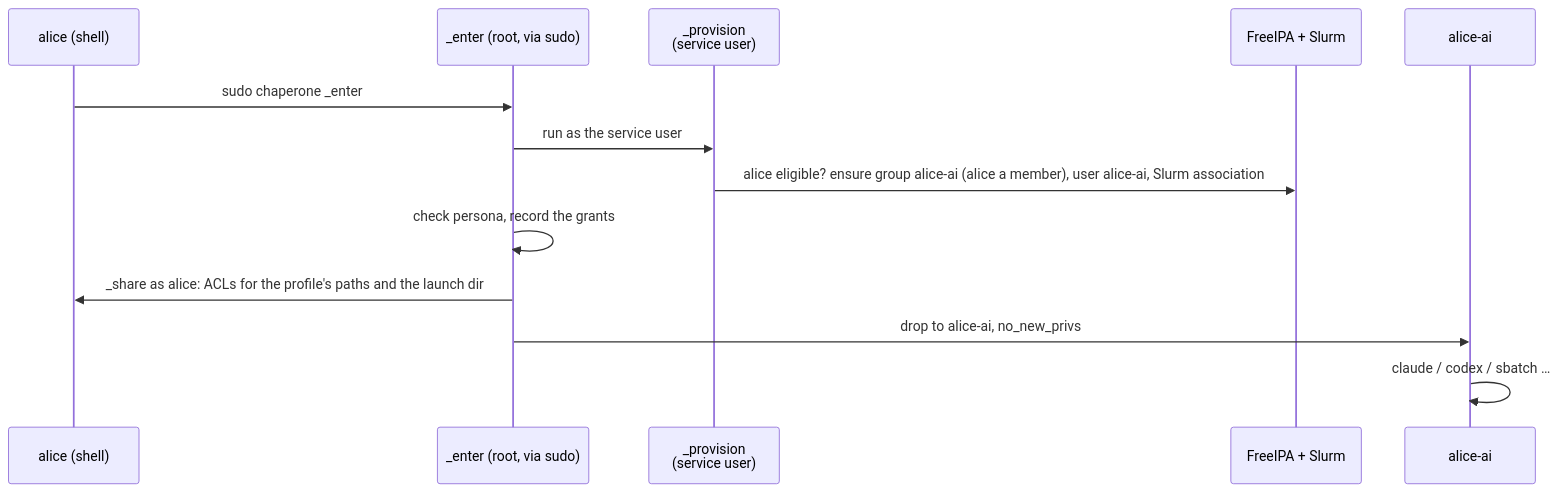
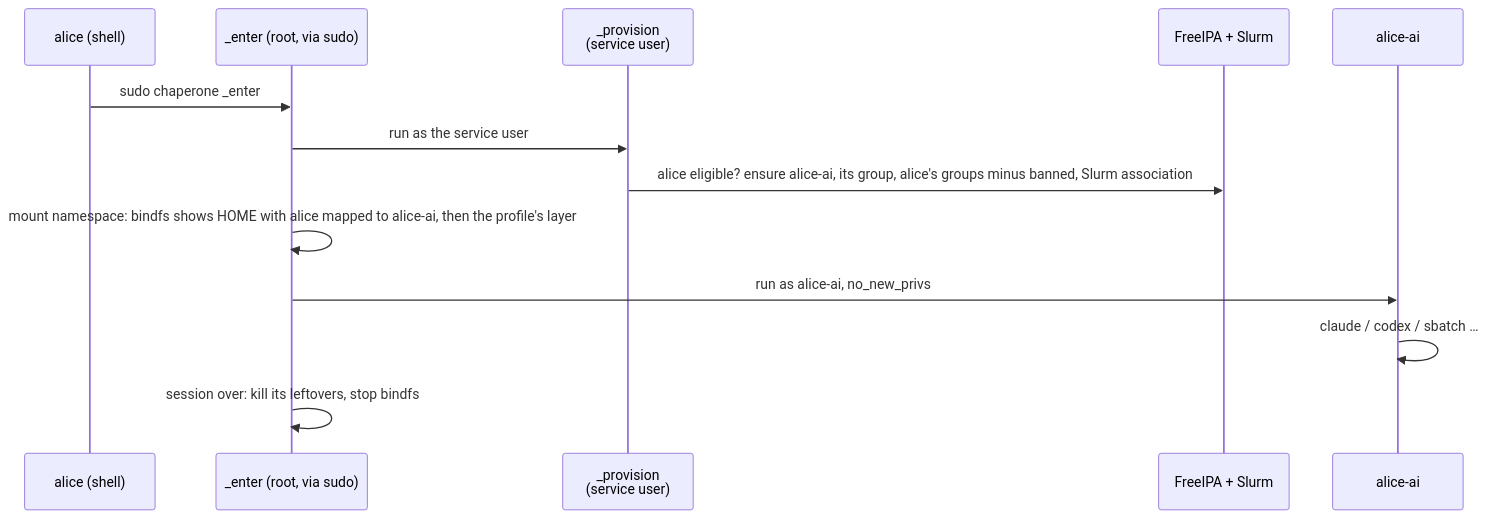
Before and after one commit to HudoGriz/hpc-chaperone: the diagram in README.md, drawn with Mermaid. The commit also changed other lines of this file and 25 other files, not shown here.

First line of the commit message:
Shared HOME through bindfs; personas hold the human's groups minus a ban list

````diff
--- a/README.md
+++ b/README.md
@@ -55,15 +49,15 @@
 ```mermaid
 sequenceDiagram
     participant H as alice (shell)
     participant E as _enter (root, via sudo)
     participant B as _provision<br/>(service user)
     participant D as FreeIPA + Slurm
     participant P as alice-ai
     H->>E: sudo chaperone _enter
     E->>B: run as the service user
-    B->>D: alice eligible? ensure group alice-ai (alice a member), user alice-ai, Slurm association
-    E->>E: check persona, record the grants
-    E->>H: _share as alice: ACLs for the profile's paths and the launch dir
-    E->>P: drop to alice-ai, no_new_privs
+    B->>D: alice eligible? ensure alice-ai, its group, alice's groups minus banned, Slurm association
+    E->>E: mount namespace: bindfs shows HOME with alice mapped to alice-ai, then the profile's layer
+    E->>P: run as alice-ai, no_new_privs
     P->>P: claude / codex / sbatch …
+    E->>E: session over: kill its leftovers, stop bindfs
 ```
````
